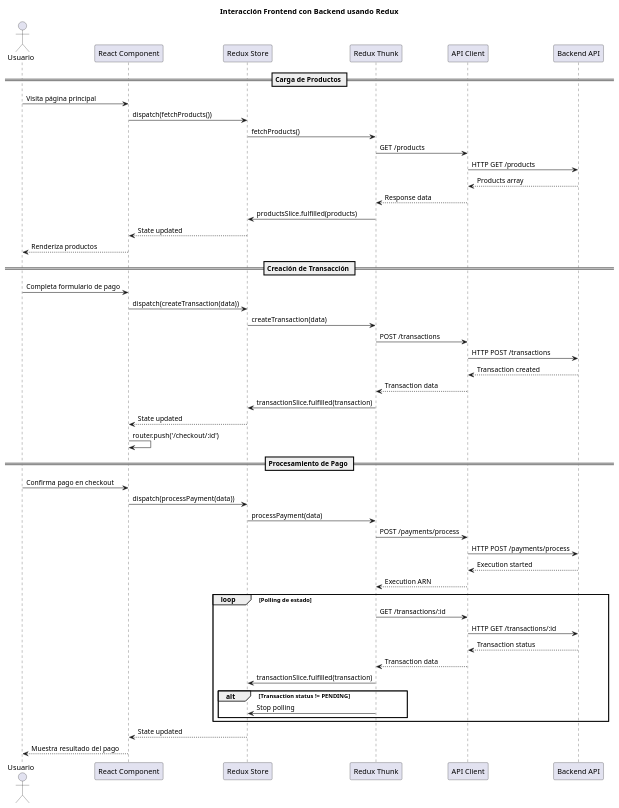
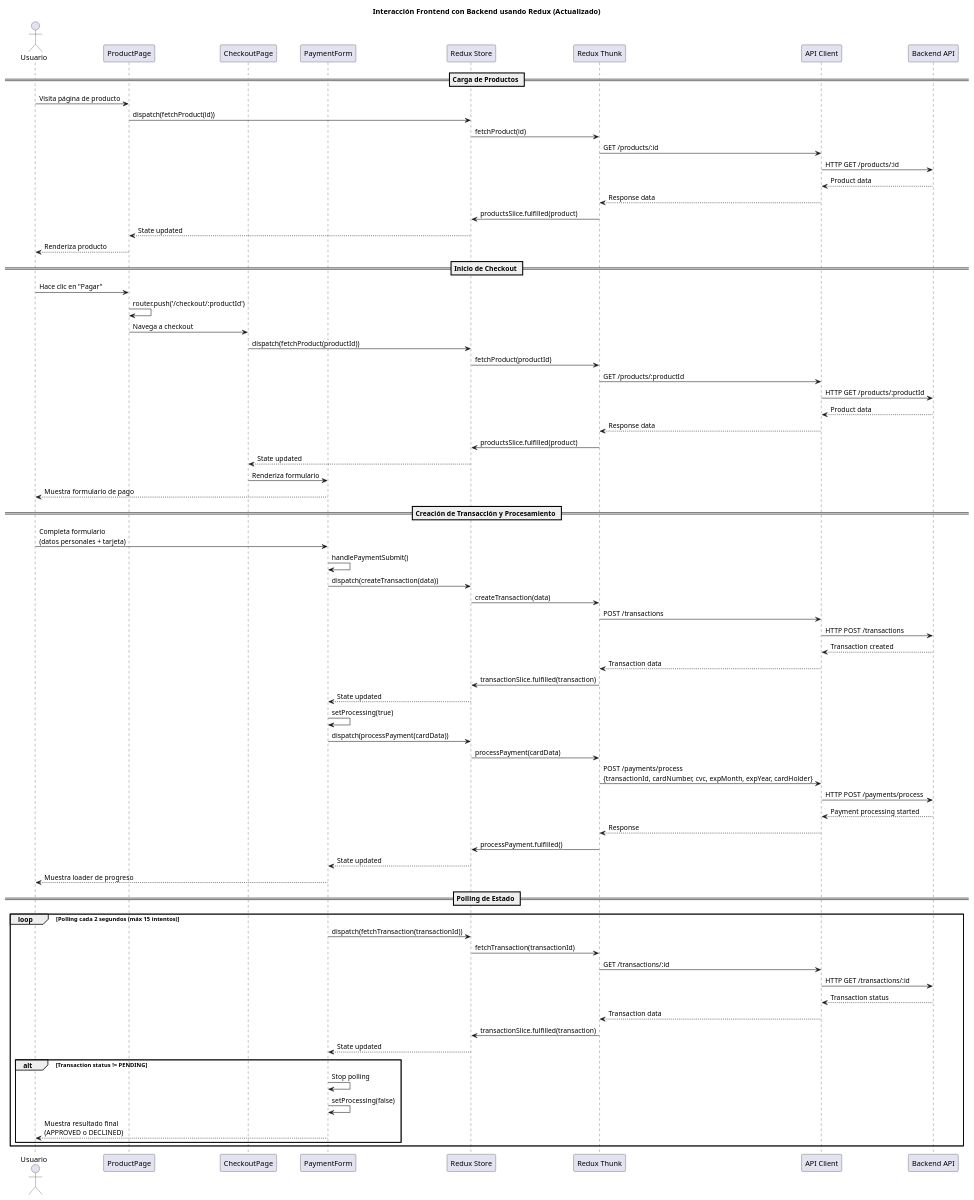
Before and after one commit to sergio-murillo/payment-test: the fifth of 8 diagrams in docs/diagrams/sequence-diagrams.puml, drawn with PlantUML. The commit also changed other lines of this file and 38 other files, not shown here.

```diff
--- a/docs/diagrams/sequence-diagrams.puml
+++ b/docs/diagrams/sequence-diagrams.puml
@@ -214,62 +306,85 @@
 @startuml Flujo Frontend - Redux y API
-title Interacción Frontend con Backend usando Redux
+title Interacción Frontend con Backend usando Redux (Actualizado)
 
 actor Usuario
-participant "React Component" as Component
+participant "ProductPage" as ProductPage
+participant "CheckoutPage" as CheckoutPage
+participant "PaymentForm" as PaymentForm
 participant "Redux Store" as Store
 participant "Redux Thunk" as Thunk
 participant "API Client" as API
 participant "Backend API" as Backend
 
 == Carga de Productos ==
 
-Usuario -> Component: Visita página principal
-Component -> Store: dispatch(fetchProducts())
-Store -> Thunk: fetchProducts()
-Thunk -> API: GET /products
-API -> Backend: HTTP GET /products
-Backend --> API: Products array
+Usuario -> ProductPage: Visita página de producto
+ProductPage -> Store: dispatch(fetchProduct(id))
+Store -> Thunk: fetchProduct(id)
+Thunk -> API: GET /products/:id
+API -> Backend: HTTP GET /products/:id
+Backend --> API: Product data
 API --> Thunk: Response data
-Thunk -> Store: productsSlice.fulfilled(products)
-Store --> Component: State updated
-Component --> Usuario: Renderiza productos
+Thunk -> Store: productsSlice.fulfilled(product)
+Store --> ProductPage: State updated
+ProductPage --> Usuario: Renderiza producto
 
-== Creación de Transacción ==
+== Inicio de Checkout ==
 
-Usuario -> Component: Completa formulario de pago
-Component -> Store: dispatch(createTransaction(data))
+Usuario -> ProductPage: Hace clic en "Pagar"
+ProductPage -> ProductPage: router.push('/checkout/:productId')
+ProductPage -> CheckoutPage: Navega a checkout
+CheckoutPage -> Store: dispatch(fetchProduct(productId))
+Store -> Thunk: fetchProduct(productId)
+Thunk -> API: GET /products/:productId
+API -> Backend: HTTP GET /products/:productId
+Backend --> API: Product data
+API --> Thunk: Response data
+Thunk -> Store: productsSlice.fulfilled(product)
+Store --> CheckoutPage: State updated
+CheckoutPage -> PaymentForm: Renderiza formulario
+PaymentForm --> Usuario: Muestra formulario de pago
+
+== Creación de Transacción y Procesamiento ==
+
+Usuario -> PaymentForm: Completa formulario\n(datos personales + tarjeta)
+PaymentForm -> PaymentForm: handlePaymentSubmit()
+PaymentForm -> Store: dispatch(createTransaction(data))
 Store -> Thunk: createTransaction(data)
 Thunk -> API: POST /transactions
 API -> Backend: HTTP POST /transactions
 Backend --> API: Transaction created
 API --> Thunk: Transaction data
 Thunk -> Store: transactionSlice.fulfilled(transaction)
-Store --> Component: State updated
-Component -> Component: router.push('/checkout/:id')
+Store --> PaymentForm: State updated
 
-== Procesamiento de Pago ==
+PaymentForm -> PaymentForm: setProcessing(true)
+PaymentForm -> Store: dispatch(processPayment(cardData))
+Store -> Thunk: processPayment(cardData)
+Thunk -> API: POST /payments/process\n{transactionId, cardNumber, cvc, expMonth, expYear, cardHolder}
+API -> Backend: HTTP POST /payments/process
+Backend --> API: Payment processing started
+API --> Thunk: Response
+Thunk -> Store: processPayment.fulfilled()
+Store --> PaymentForm: State updated
+PaymentForm --> Usuario: Muestra loader de progreso
 
-Usuario -> Component: Confirma pago en checkout
-Component -> Store: dispatch(processPayment(data))
-Store -> Thunk: processPayment(data)
-Thunk -> API: POST /payments/process
-API -> Backend: HTTP POST /payments/process
-Backend --> API: Execution started
-API --> Thunk: Execution ARN
+== Polling de Estado ==
 
-loop Polling de estado
+loop Polling cada 2 segundos (máx 15 intentos)
+    PaymentForm -> Store: dispatch(fetchTransaction(transactionId))
+    Store -> Thunk: fetchTransaction(transactionId)
     Thunk -> API: GET /transactions/:id
     API -> Backend: HTTP GET /transactions/:id
     Backend --> API: Transaction status
     API --> Thunk: Transaction data
     Thunk -> Store: transactionSlice.fulfilled(transaction)
+    Store --> PaymentForm: State updated
     
     alt Transaction status != PENDING
-        Thunk -> Store: Stop polling
+        PaymentForm -> PaymentForm: Stop polling
+        PaymentForm -> PaymentForm: setProcessing(false)
+        PaymentForm --> Usuario: Muestra resultado final\n(APPROVED o DECLINED)
     end
 end
 
-Store --> Component: State updated
-Component --> Usuario: Muestra resultado del pago
-
 @enduml
```
